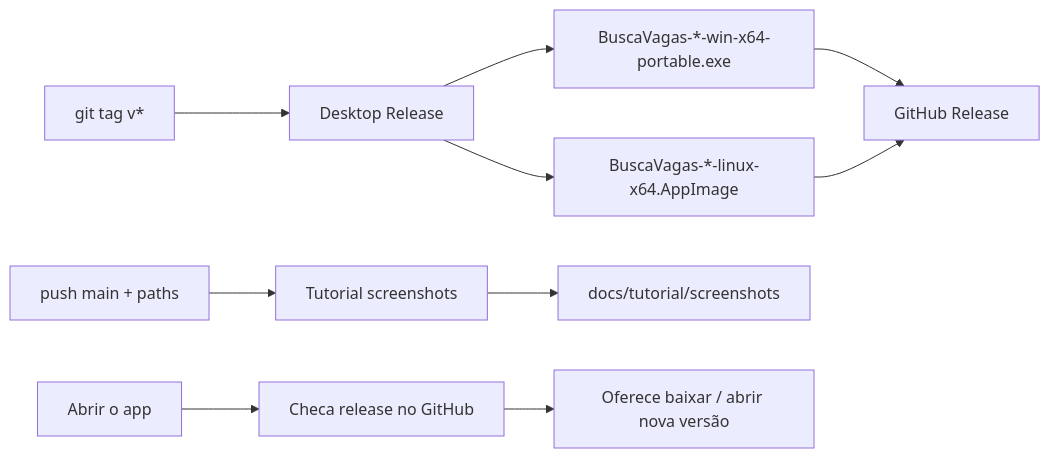
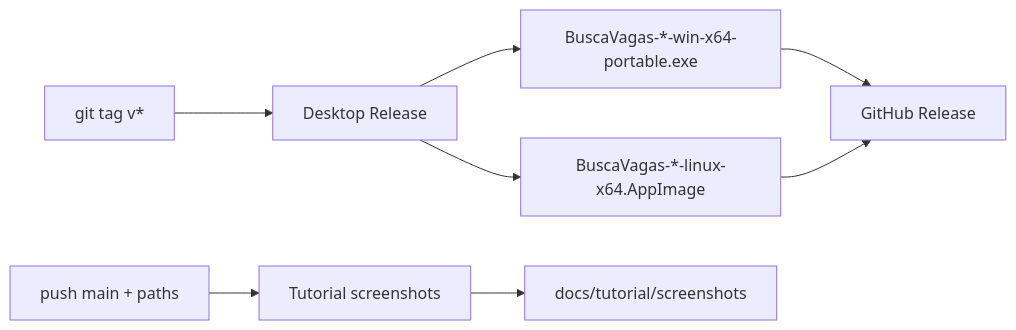
Before and after one commit to caducatrinck/busca-vagas: the diagram in README.md, drawn with Mermaid. The commit also changed other lines of this file, not shown here.

````diff
--- a/README.md
+++ b/README.md
@@ -36,12 +56,10 @@
 ```mermaid
 flowchart LR
   tag["git tag v*"] --> release["Desktop Release"]
   release --> win["BuscaVagas-*-win-x64-portable.exe"]
   release --> linux["BuscaVagas-*-linux-x64.AppImage"]
   win --> gh["GitHub Release"]
   linux --> gh
   main["push main + paths"] --> shots["Tutorial screenshots"]
   shots --> docs["docs/tutorial/screenshots"]
-  open["Abrir o app"] --> upd["Checa release no GitHub"]
-  upd --> offer["Oferece baixar / abrir nova versão"]
 ```
````
